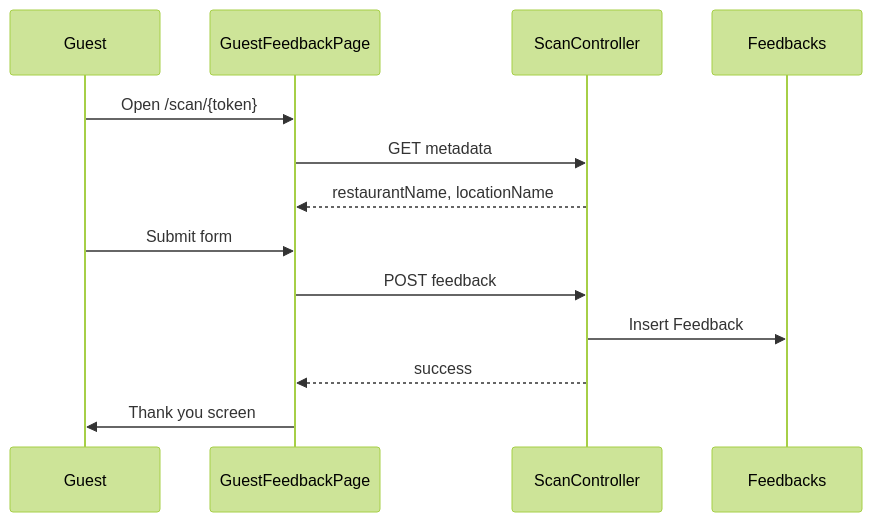
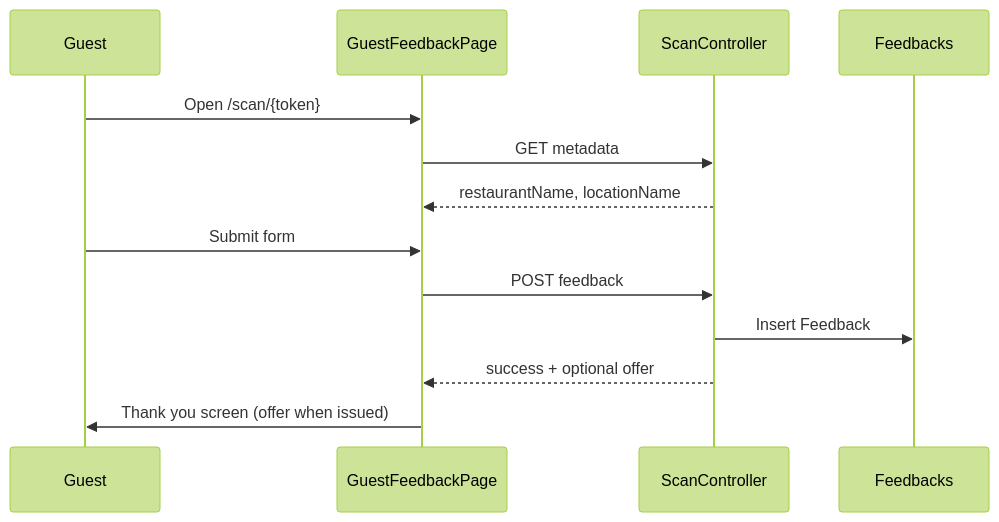
One commit to Tummly/Tummly changed the diagram in docs/product/guest-feedback.md. Above: the diagram before and after it, drawn with Mermaid (forest theme). The commit also changed other lines of this file and 17 other files, not shown here.

First line of the commit message:
feat: paint issued thank-you offer on guest success and share Guest preview shell

````diff
--- a/docs/product/guest-feedback.md
+++ b/docs/product/guest-feedback.md
@@ -206,16 +206,16 @@
 ```mermaid
 sequenceDiagram
     participant G as Guest
     participant FE as GuestFeedbackPage
     participant API as ScanController
     participant DB as Feedbacks
 
     G->>FE: Open /scan/{token}
     FE->>API: GET metadata
     API-->>FE: restaurantName, locationName
     G->>FE: Submit form
     FE->>API: POST feedback
     API->>DB: Insert Feedback
-    API-->>FE: success
-    FE->>G: Thank you screen
+    API-->>FE: success + optional offer
+    FE->>G: Thank you screen (offer when issued)
 ```
````
